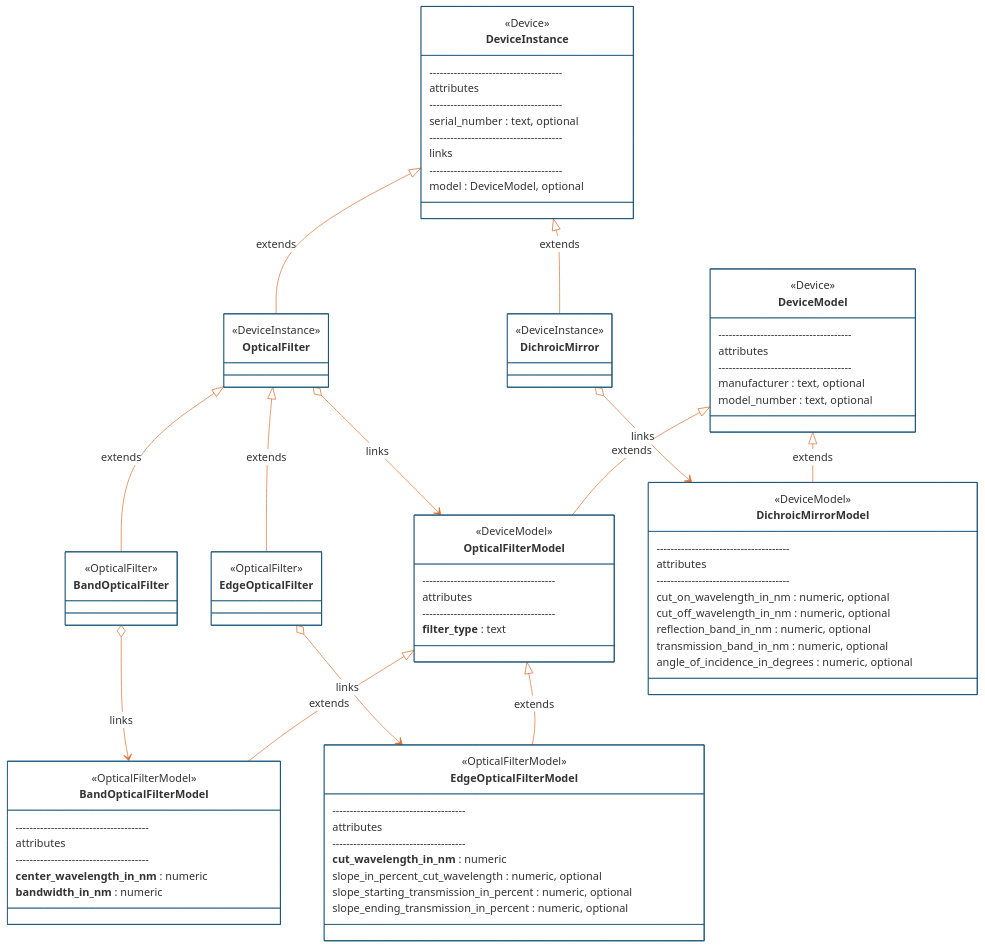
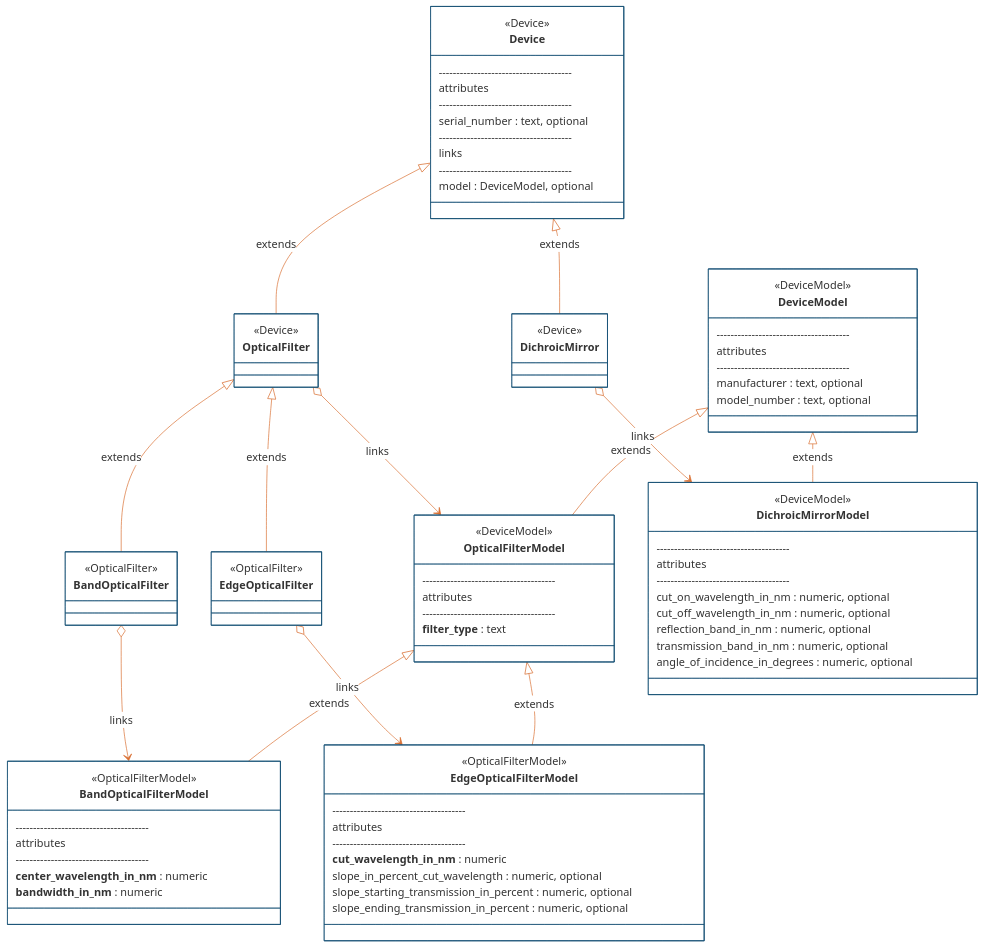
The fourth of 4 diagrams in README.md (catalystneuro/ndx-ophys-devices), drawn with Mermaid before and after one commit. The commit also changed other lines of this file and 8 other files, not shown here.

First line of the commit message:
Switch to core DeviceModel (#20)

````diff
--- a/README.md
+++ b/README.md
@@ -589,7 +587,7 @@
     direction TB 
     
     class DeviceModel{
-        <<Device>>
+        <<DeviceModel>>
         --------------------------------------
         attributes
         --------------------------------------
@@ -597,7 +595,7 @@
         model_number : text, optional
     }
     
-    class DeviceInstance{
+    class Device{
         <<Device>>
         --------------------------------------
         attributes
@@ -618,7 +616,7 @@
     }
     
     class OpticalFilter{
-        <<DeviceInstance>>
+        <<Device>>
     }
     
     class BandOpticalFilterModel{
@@ -662,12 +660,12 @@
     }
     
     class DichroicMirror{
-        <<DeviceInstance>>
+        <<Device>>
     }
     
 
     DeviceModel <|-- OpticalFilterModel : extends
-    DeviceInstance <|-- OpticalFilter : extends
+    Device <|-- OpticalFilter : extends
     OpticalFilter o--> OpticalFilterModel : links
     
     OpticalFilterModel <|-- BandOpticalFilterModel : extends
@@ -679,6 +677,6 @@
     EdgeOpticalFilter o--> EdgeOpticalFilterModel : links
 
     DeviceModel <|-- DichroicMirrorModel : extends
-    DeviceInstance <|-- DichroicMirror : extends
+    Device <|-- DichroicMirror : extends
     DichroicMirror o--> DichroicMirrorModel : links
 ```
````
